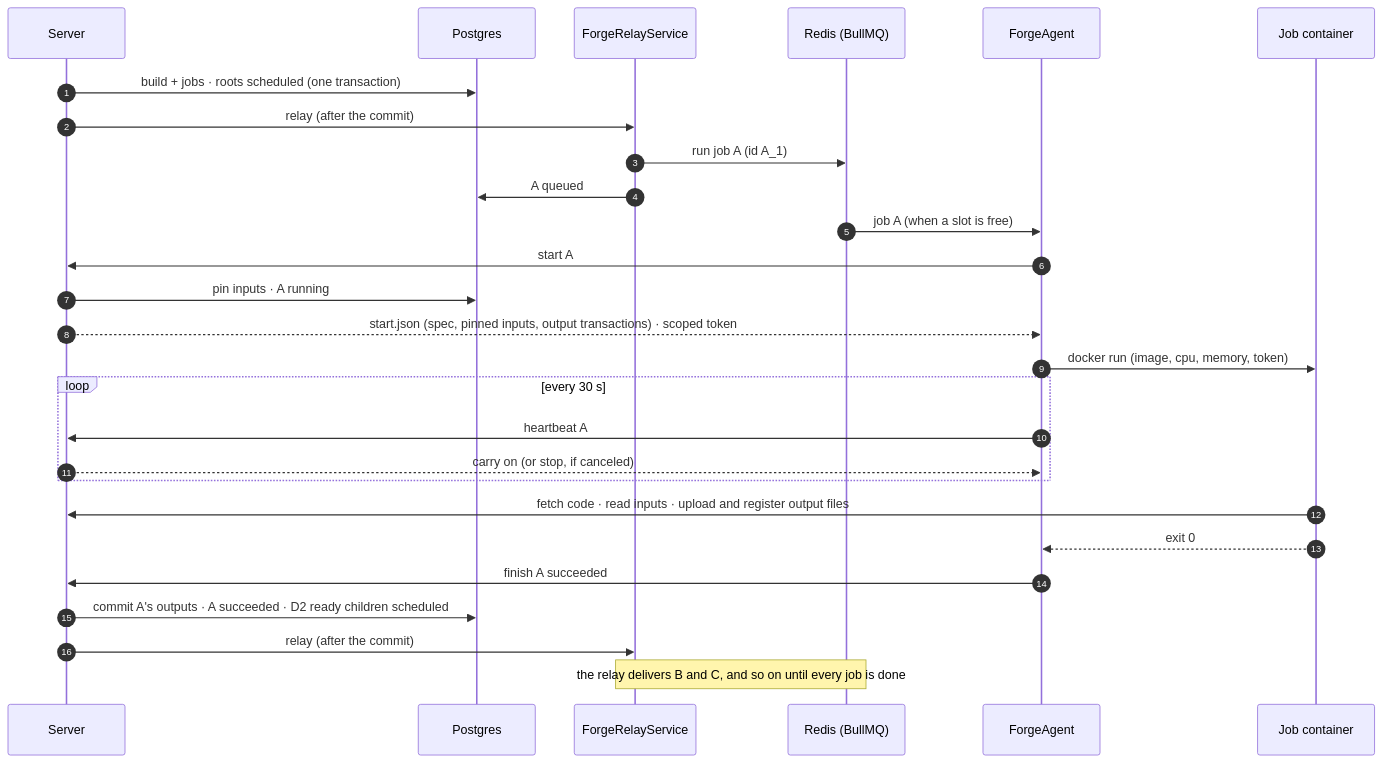
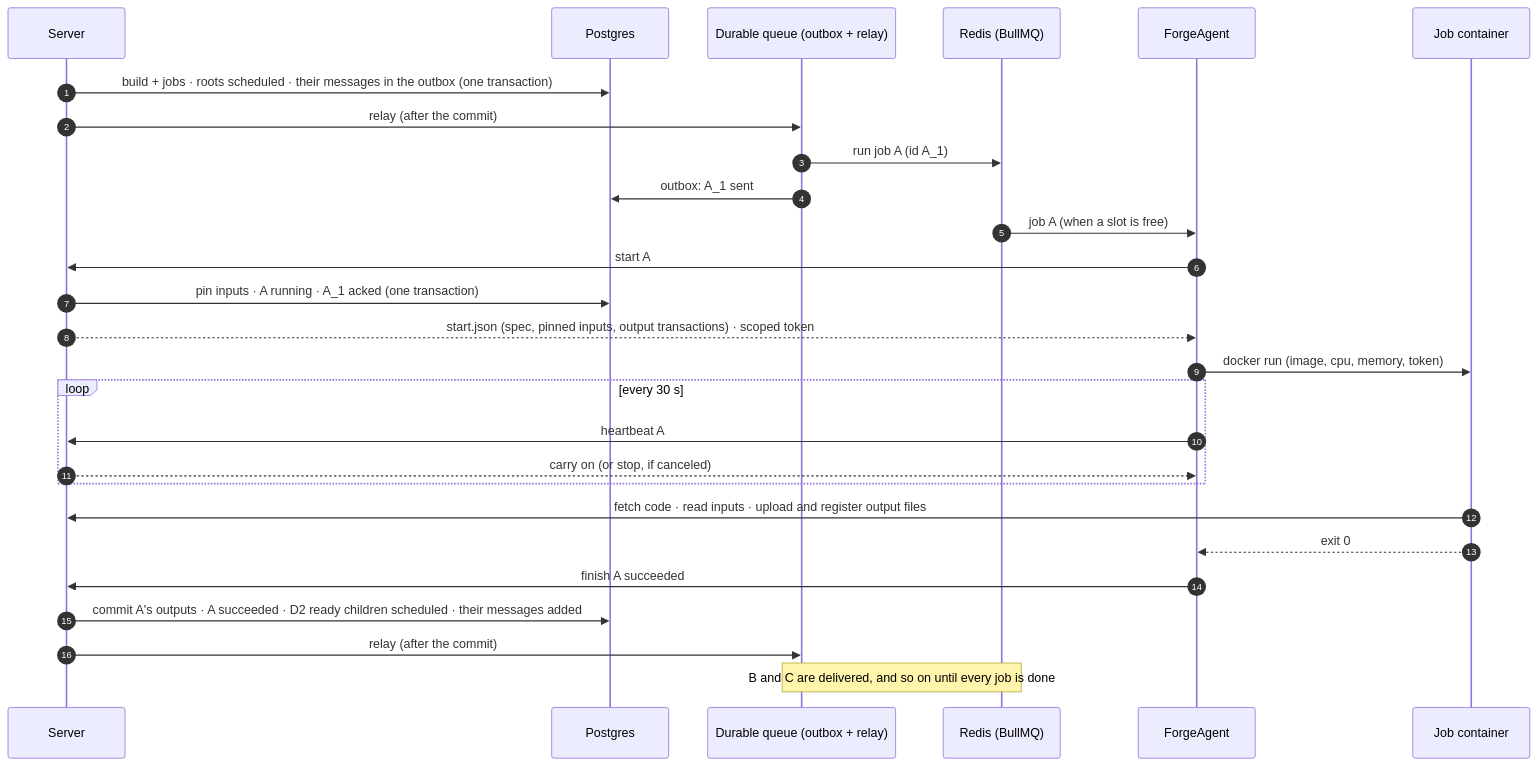
The second of 3 diagrams in docs/design/forge.md (RolandTeslaru/Quarry), drawn with Mermaid before and after one commit. The commit also changed other lines of this file and 64 other files, not shown here.

First line of the commit message:
refactor: replace ForgeRelayService with DurableQueues in ForgeHarness

````diff
--- a/docs/design/forge.md
+++ b/docs/design/forge.md
@@ -188,30 +183,30 @@
 ```mermaid
 sequenceDiagram
     autonumber
     participant S as Server
     participant PG as Postgres
-    participant R as ForgeRelayService
+    participant R as Durable queue (outbox + relay)
     participant Q as Redis (BullMQ)
     participant A as ForgeAgent
     participant C as Job container
 
-    S->>PG: build + jobs · roots scheduled (one transaction)
+    S->>PG: build + jobs · roots scheduled · their messages in the outbox (one transaction)
     S->>R: relay (after the commit)
     R->>Q: run job A (id A_1)
-    R->>PG: A queued
+    R->>PG: outbox: A_1 sent
     Q->>A: job A (when a slot is free)
     A->>S: start A
-    S->>PG: pin inputs · A running
+    S->>PG: pin inputs · A running · A_1 acked (one transaction)
     S-->>A: start.json (spec, pinned inputs, output transactions) · scoped token
     A->>C: docker run (image, cpu, memory, token)
     loop every 30 s
         A->>S: heartbeat A
         S-->>A: carry on (or stop, if canceled)
     end
     C->>S: fetch code · read inputs · upload and register output files
     C-->>A: exit 0
     A->>S: finish A succeeded
-    S->>PG: commit A's outputs · A succeeded · D2 ready children scheduled
+    S->>PG: commit A's outputs · A succeeded · D2 ready children scheduled · their messages added
     S->>R: relay (after the commit)
-    Note over R,Q: the relay delivers B and C, and so on until every job is done
+    Note over R,Q: B and C are delivered, and so on until every job is done
 ```
````
